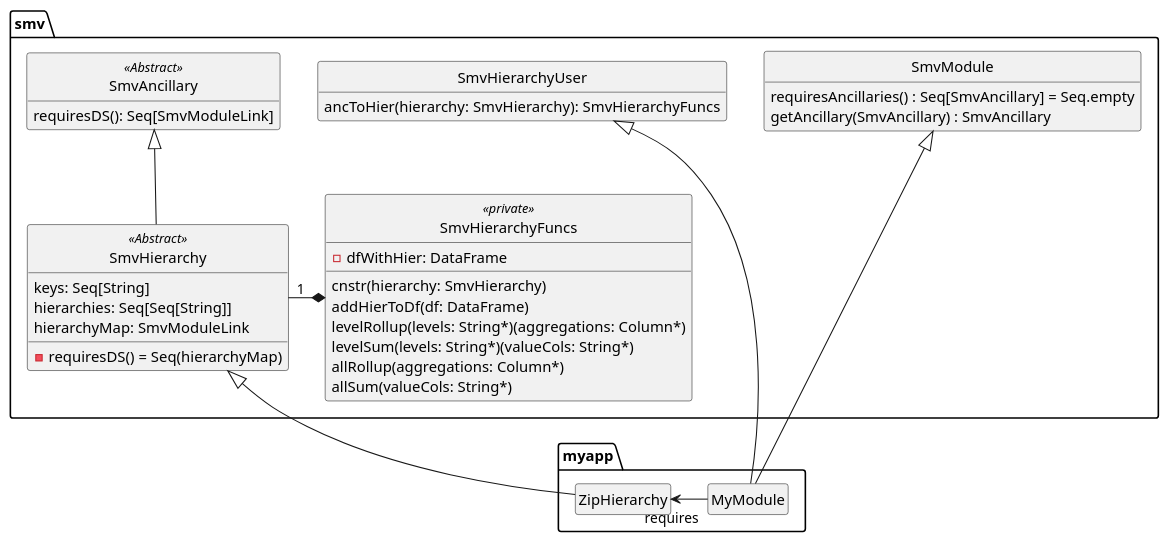
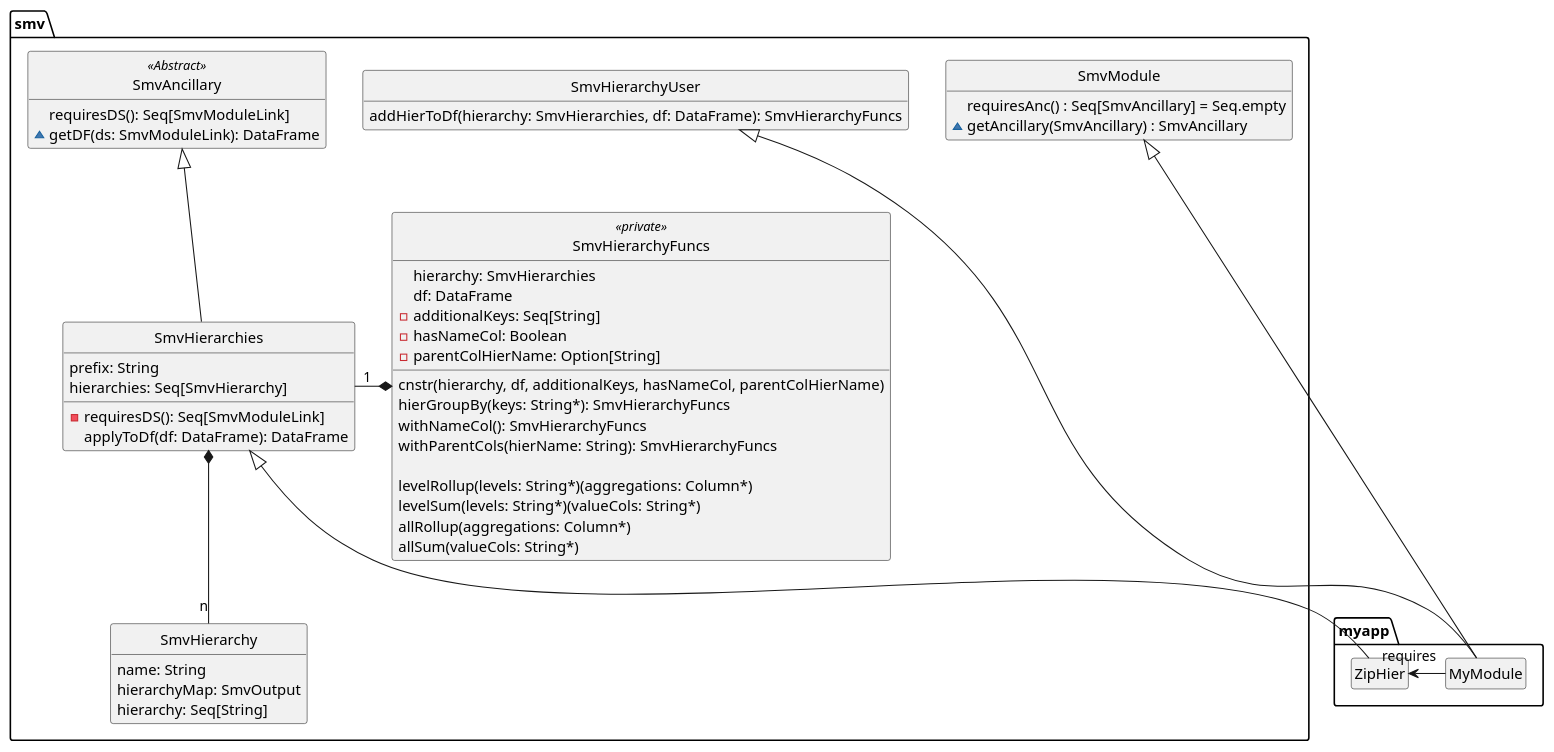
One commit to TresAmigosSD/SMV changed the diagram in docs/design/SmvAncillary/SmvAncillary.puml. Above: the diagram before and after it, drawn with PlantUML. The commit also changed 4 other files, not shown here.

Commit message:
Splited SmvHierarchy to SmvHierarchy and SmvHierarchies to reflect the real structure better

```diff
--- a/docs/design/SmvAncillary/SmvAncillary.puml
+++ b/docs/design/SmvAncillary/SmvAncillary.puml
@@ -1,48 +1,64 @@
 @startuml
 hide empty methods
 hide empty fields
 hide circle
 
 namespace smv {
   class SmvAncillary <<Abstract>> {
     requiresDS(): Seq[SmvModuleLink]
+    ~getDF(ds: SmvModuleLink): DataFrame
   }
 
-  class SmvHierarchy <<Abstract>> extends SmvAncillary {
-    keys: Seq[String]
-    hierarchies: Seq[Seq[String]]
-    hierarchyMap: SmvModuleLink
-    -requiresDS() = Seq(hierarchyMap)
+  class SmvHierarchy {
+    name: String
+    hierarchyMap: SmvOutput
+    hierarchy: Seq[String]
+  }
+
+  class SmvHierarchies extends SmvAncillary {
+    prefix: String
+    hierarchies: Seq[SmvHierarchy]
+    -requiresDS(): Seq[SmvModuleLink]
+    applyToDf(df: DataFrame): DataFrame
   }
 
   class SmvHierarchyFuncs <<private>> {
-    -dfWithHier: DataFrame
-    cnstr(hierarchy: SmvHierarchy)
-    addHierToDf(df: DataFrame)
+    hierarchy: SmvHierarchies
+    df: DataFrame
+    - additionalKeys: Seq[String]
+    - hasNameCol: Boolean
+    - parentColHierName: Option[String]
+
+    cnstr(hierarchy, df, additionalKeys, hasNameCol, parentColHierName)
+    hierGroupBy(keys: String*): SmvHierarchyFuncs
+    withNameCol(): SmvHierarchyFuncs
+    withParentCols(hierName: String): SmvHierarchyFuncs
+
     levelRollup(levels: String*)(aggregations: Column*)
     levelSum(levels: String*)(valueCols: String*)
     allRollup(aggregations: Column*)
     allSum(valueCols: String*)
   }
 
   class SmvHierarchyUser {
-    ancToHier(hierarchy: SmvHierarchy): SmvHierarchyFuncs
+    addHierToDf(hierarchy: SmvHierarchies, df: DataFrame): SmvHierarchyFuncs
   }
 
   class SmvModule {
-    requiresAncillaries() : Seq[SmvAncillary] = Seq.empty
-    getAncillary(SmvAncillary) : SmvAncillary
+    requiresAnc() : Seq[SmvAncillary] = Seq.empty
+    ~getAncillary(SmvAncillary) : SmvAncillary
   }
 
-  SmvHierarchyFuncs *-L- "1" SmvHierarchy
+  SmvHierarchyFuncs *-L- "1" SmvHierarchies
+  SmvHierarchies *-- "n" SmvHierarchy
 }
 
 namespace myapp {
-  class ZipHierarchy extends smv.SmvHierarchy
+  class ZipHier extends smv.SmvHierarchies
   class MyModule extends smv.SmvHierarchyUser
   class MyModule extends smv.SmvModule
 
-  MyModule -L-> "requires" ZipHierarchy
+  MyModule -L-> "requires" ZipHier
 }
 
 @enduml
```
